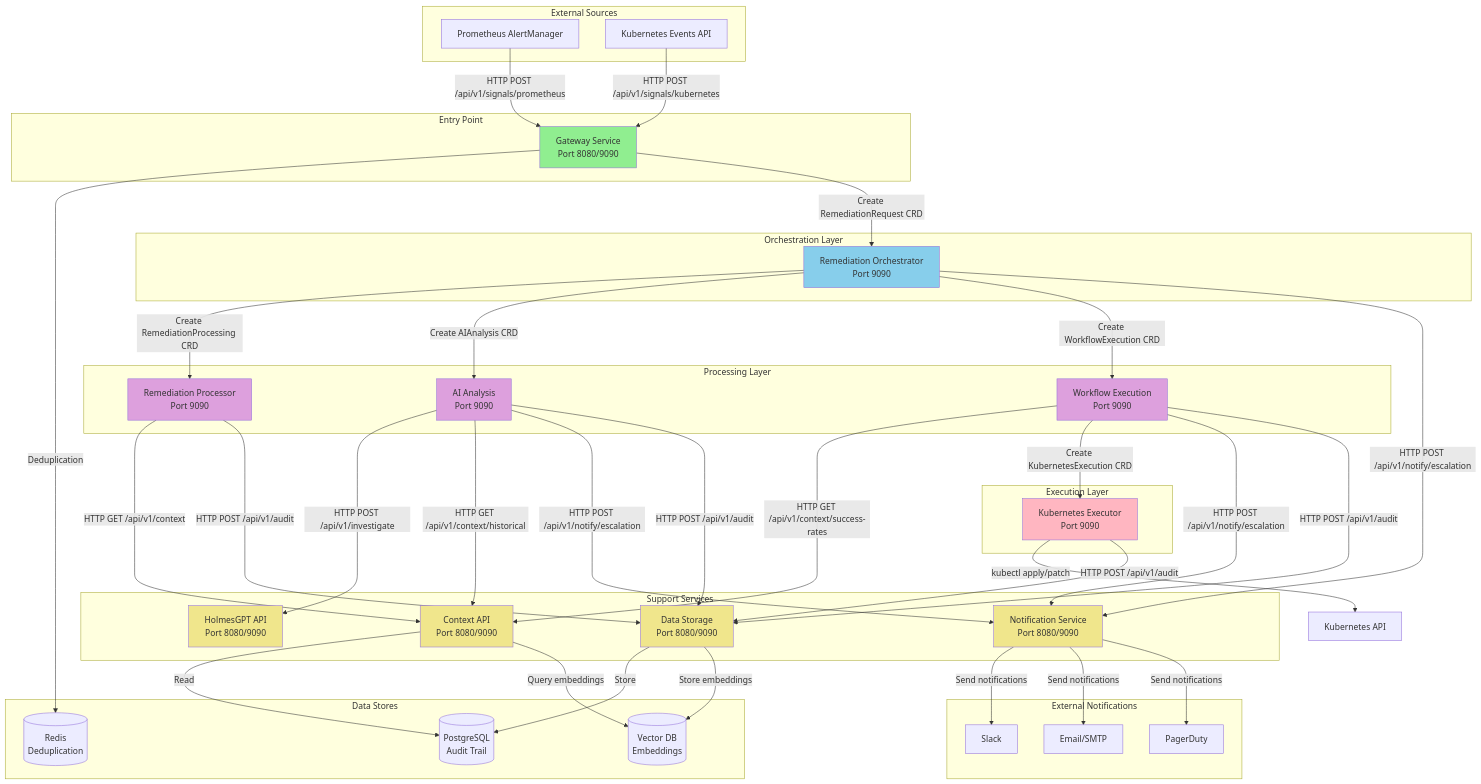
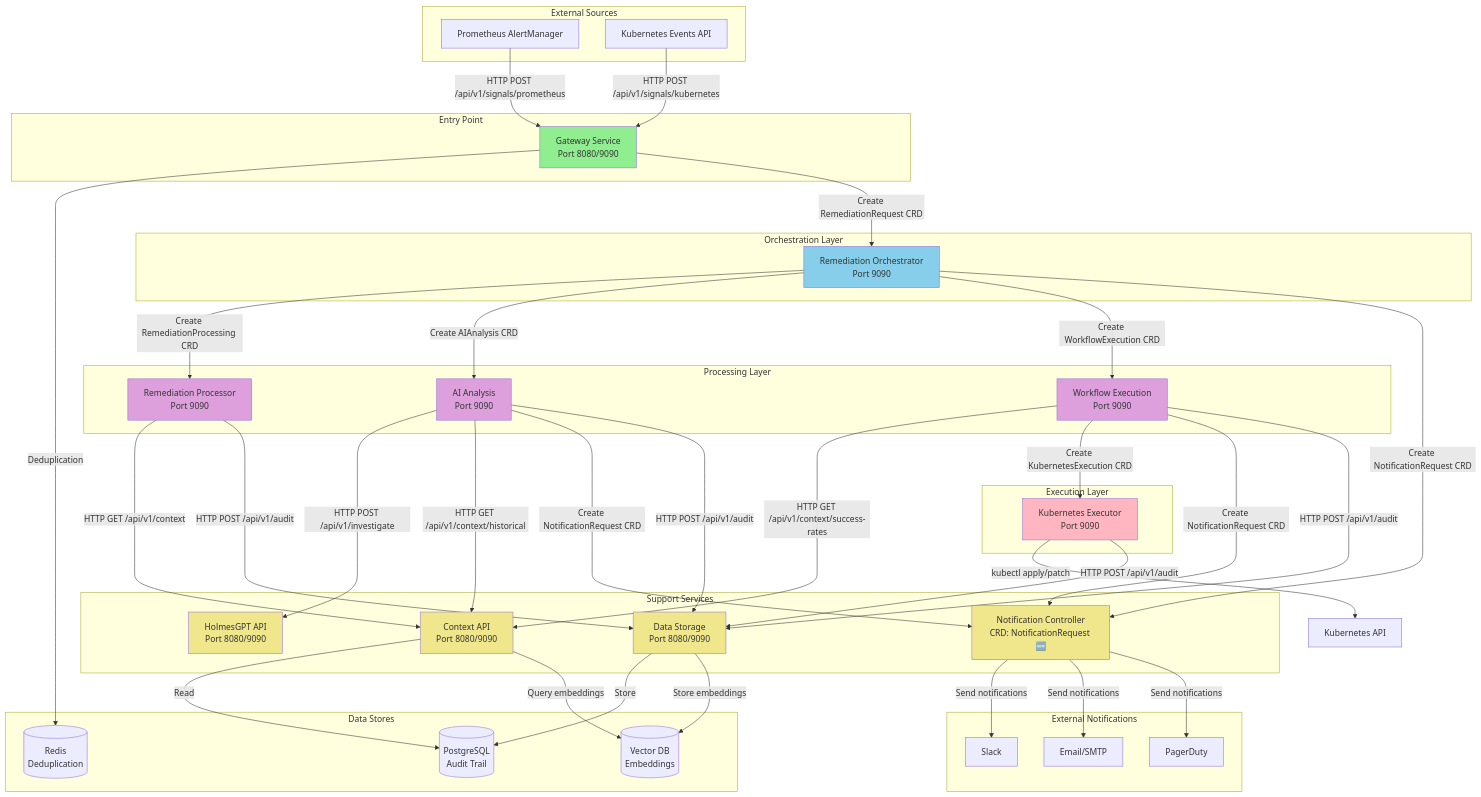
One commit to jordigilh/kubernaut changed the first of 8 diagrams in docs/architecture/SERVICE_DEPENDENCY_MAP.md. Above: the diagram before and after it, drawn with Mermaid. The commit also changed other lines of this file and 131 other files, not shown here.

```diff
--- a/docs/architecture/SERVICE_DEPENDENCY_MAP.md
+++ b/docs/architecture/SERVICE_DEPENDENCY_MAP.md
@@ -65,7 +65,7 @@
     end
 
     subgraph "Support Services"
-        Notification[Notification Service<br/>Port 8080/9090]
+        Notification[Notification Controller<br/>CRD: NotificationRequest 🆕]
         HolmesGPT[HolmesGPT API<br/>Port 8080/9090]
         Context[Context API<br/>Port 8080/9090]
         DataStorage[Data Storage<br/>Port 8080/9090]
@@ -106,10 +106,10 @@
     WE -->|Create KubernetesExecution CRD| KE
     KE -->|kubectl apply/patch| K8sAPI[Kubernetes API]
 
-    %% Notifications
-    RO -->|HTTP POST /api/v1/notify/escalation| Notification
-    AI -->|HTTP POST /api/v1/notify/escalation| Notification
-    WE -->|HTTP POST /api/v1/notify/escalation| Notification
+    %% Notifications (CRD-based, 2025-10-12)
+    RO -->|Create NotificationRequest CRD| Notification
+    AI -->|Create NotificationRequest CRD| Notification
+    WE -->|Create NotificationRequest CRD| Notification
     Notification -->|Send notifications| Slack
     Notification -->|Send notifications| Email
     Notification -->|Send notifications| PagerDuty
```
